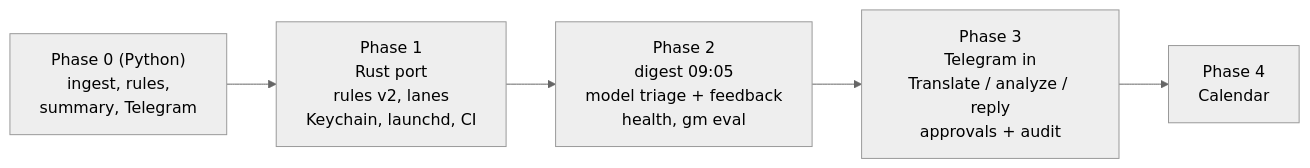
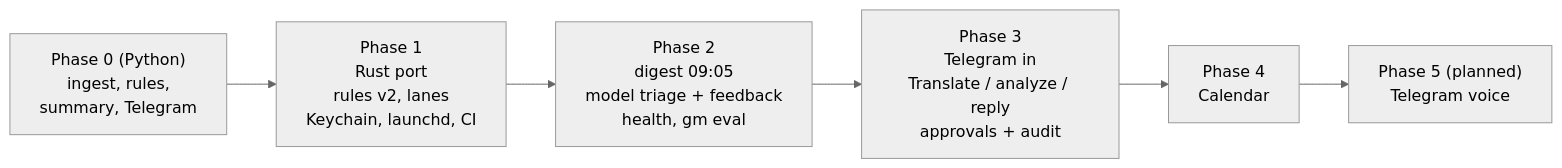
Before and after one commit to huydt84/google-management: diagram 12 of 12 in docs/architecture.md, drawn with Mermaid (neutral theme). The commit also changed other lines of this file and 8 other files, not shown here.

First line of the commit message:
docs(phase5): plan Telegram voice with speech models served by mlx-air

````diff
--- a/docs/architecture.md
+++ b/docs/architecture.md
@@ -556,9 +556,10 @@
 ```mermaid
 flowchart LR
     p0["Phase 0 (Python)<br/>ingest, rules,<br/>summary, Telegram"]
     p1["Phase 1<br/>Rust port<br/>rules v2, lanes<br/>Keychain, launchd, CI"]
     p2["Phase 2<br/>digest 09:05<br/>model triage + feedback<br/>health, gm eval"]
     p3["Phase 3<br/>Telegram in<br/>Translate / analyze / reply<br/>approvals + audit"]
     p4["Phase 4<br/>Calendar"]
-    p0 --> p1 --> p2 --> p3 --> p4
+    p5["Phase 5 (planned)<br/>Telegram voice"]
+    p0 --> p1 --> p2 --> p3 --> p4 --> p5
 ```
````
